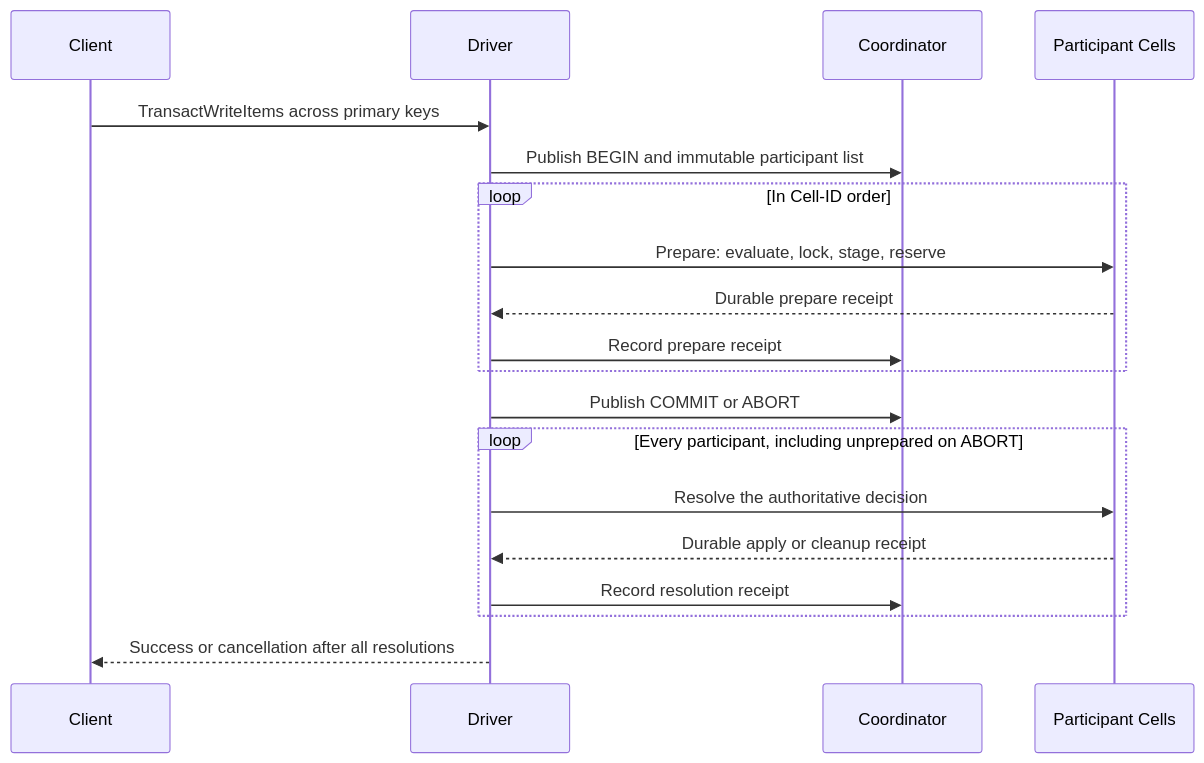
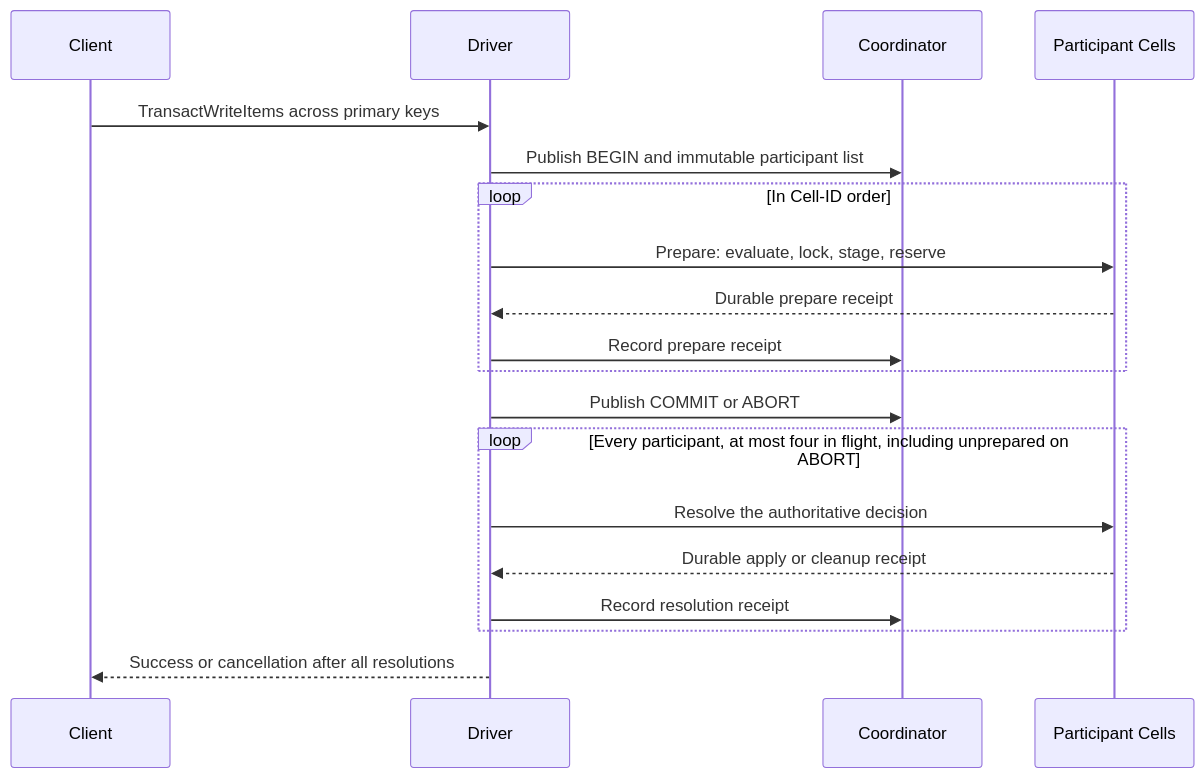
Before and after one commit to crabbuild/crab: the second of 2 diagrams in crates/beyonddb/CROSS_CELL_TRANSACTIONS.md, drawn with Mermaid. The commit also changed other lines of this file and 9 other files, not shown here.

````diff
--- a/crates/beyonddb/CROSS_CELL_TRANSACTIONS.md
+++ b/crates/beyonddb/CROSS_CELL_TRANSACTIONS.md
@@ -471,21 +476,21 @@
 ```mermaid
 sequenceDiagram
     participant Client
     participant Driver
     participant Coordinator
     participant Cells as Participant Cells
     Client->>Driver: TransactWriteItems across primary keys
     Driver->>Coordinator: Publish BEGIN and immutable participant list
     loop In Cell-ID order
         Driver->>Cells: Prepare: evaluate, lock, stage, reserve
         Cells-->>Driver: Durable prepare receipt
         Driver->>Coordinator: Record prepare receipt
     end
     Driver->>Coordinator: Publish COMMIT or ABORT
-    loop Every participant, including unprepared on ABORT
+    loop Every participant, at most four in flight, including unprepared on ABORT
         Driver->>Cells: Resolve the authoritative decision
         Cells-->>Driver: Durable apply or cleanup receipt
         Driver->>Coordinator: Record resolution receipt
     end
     Driver-->>Client: Success or cancellation after all resolutions
 ```
````
